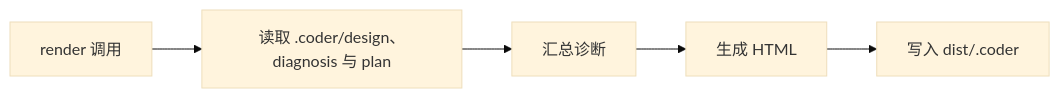
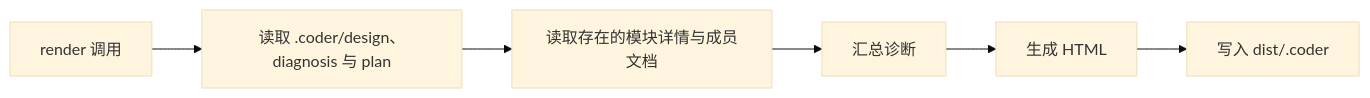
Before and after one commit to Cangjier/coder: diagram 14 of 14 in .coder/design/flow.md, drawn with Mermaid (base theme). The commit also changed other lines of this file and 37 other files, not shown here.

````diff
--- a/.coder/design/flow.md
+++ b/.coder/design/flow.md
@@ -107,7 +164,8 @@
 ```mermaid
 flowchart LR
   A[render 调用] --> B[读取 .coder/design、diagnosis 与 plan]
-  B --> C[汇总诊断]
-  C --> D[生成 HTML]
-  D --> E[写入 dist/.coder]
+  B --> C[读取存在的模块详情与成员文档]
+  C --> D[汇总诊断]
+  D --> E[生成 HTML]
+  E --> F[写入 dist/.coder]
 ```
````
